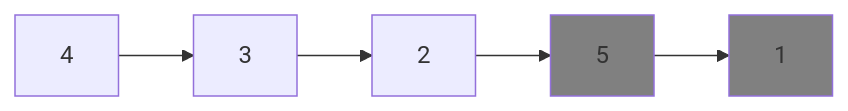
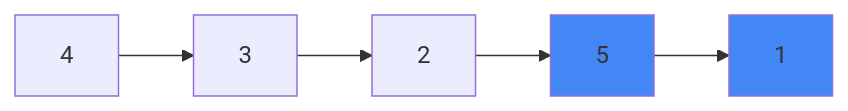
One commit to sharief007/dev-docs changed the fifth of 11 diagrams in content/sorting-algorithms/bubble-sort.md. Above: the diagram before and after it, drawn with Mermaid. The commit also changed other lines of this file, not shown here.

Commit message:
change color from grey to blue

````diff
--- a/content/sorting-algorithms/bubble-sort.md
+++ b/content/sorting-algorithms/bubble-sort.md
@@ -62,10 +62,10 @@
 ```mermaid
 graph LR
     A[4] --> B[3]
     B --> C[2]
     C --> D[5]
     D --> E[1]
 
-    style D fill: grey
-    style E fill: grey
+    style D fill: #4287f5
+    style E fill: #4287f5
 ```
````
